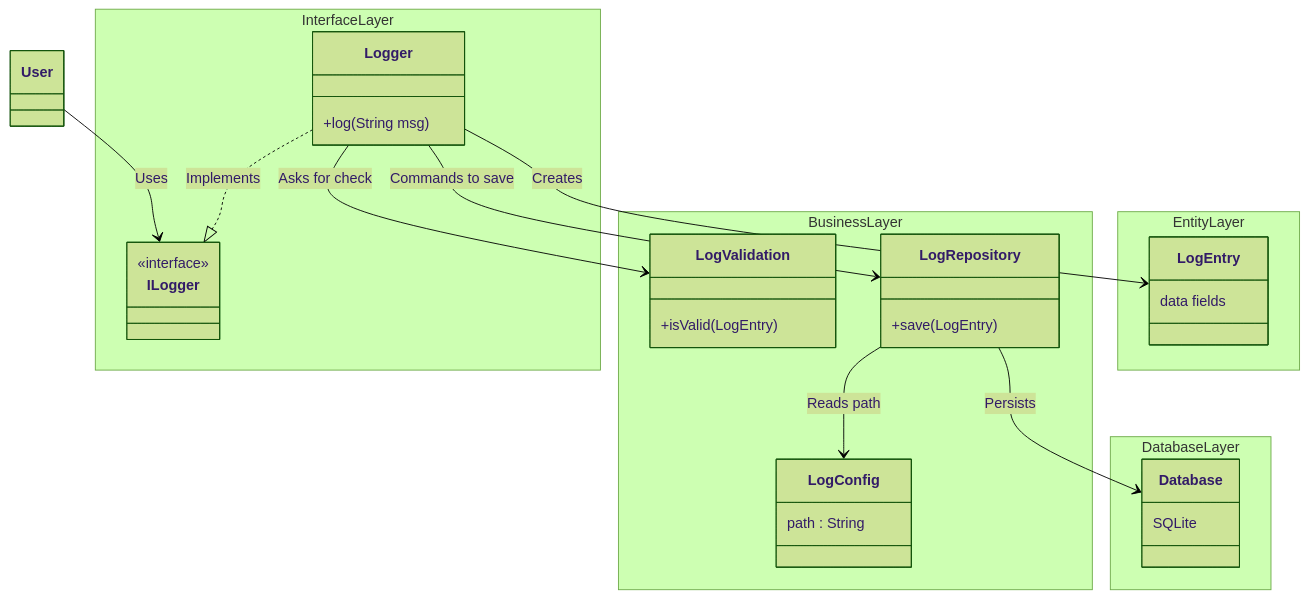
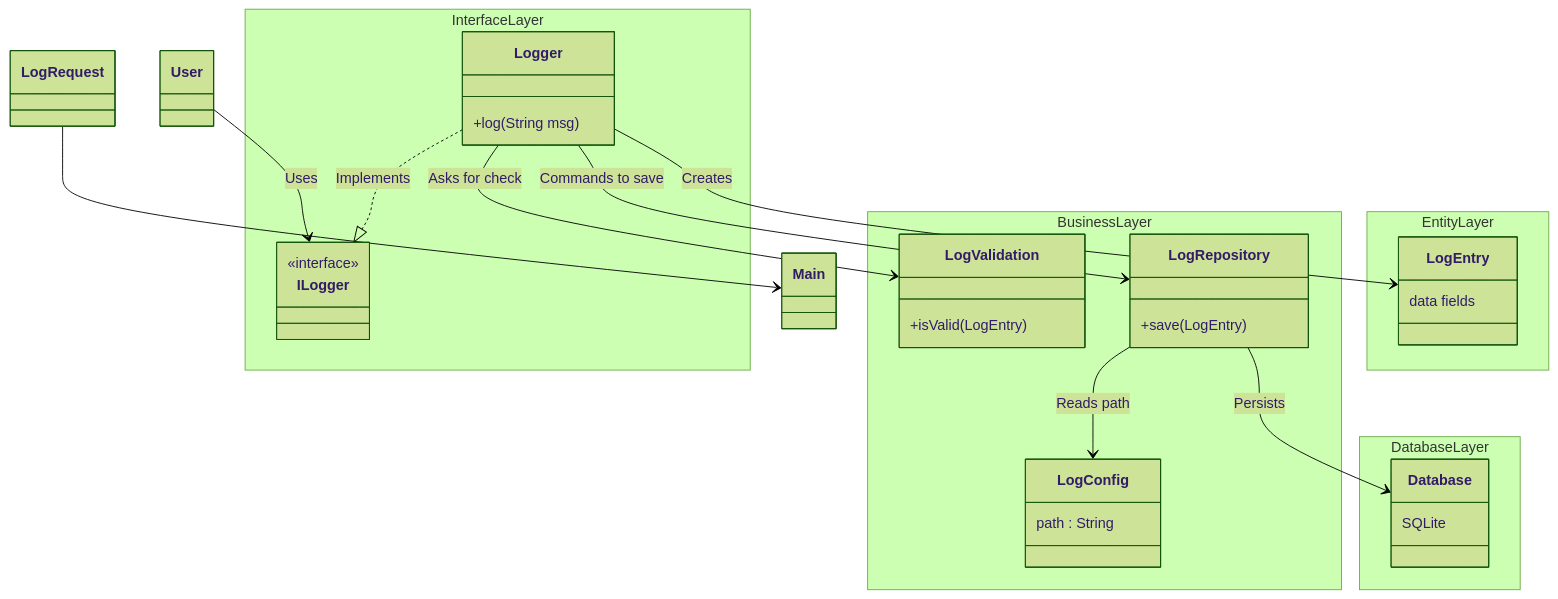
Before and after one commit to JonathanWindell/Javalite: the diagram in diagram/AbstractDiagram.md, drawn with Mermaid (forest theme). The commit also changed 5 other files, not shown here.

````diff
--- a/diagram/AbstractDiagram.md
+++ b/diagram/AbstractDiagram.md
@@ -1,35 +1,36 @@
 ```mermaid
     classDiagram
     %% User only needs ILogger/Logger
     User --> ILogger : Uses
 
     %% Logger decides the rest
     Logger ..|> ILogger : Implements
     Logger --> LogEntry : Creates
     Logger --> LogValidation : Asks for check
     Logger --> LogRepository : Commands to save
+    LogRequest --> Main
 
     %% Business logic
     LogRepository --> Database : Persists
     LogRepository --> LogConfig : Reads path
 
     namespace InterfaceLayer {
         class ILogger { <<interface>> }
         class Logger { +log(String msg) }
     }
 
     namespace BusinessLayer {
         class LogValidation { +isValid(LogEntry) }
         class LogRepository { +save(LogEntry) }
         class LogConfig { path : String }
     }
 
     namespace EntityLayer {
         class LogEntry { data fields }
     }
 
     namespace DatabaseLayer {
         class Database { SQLite }
     }
 
 ```
````
